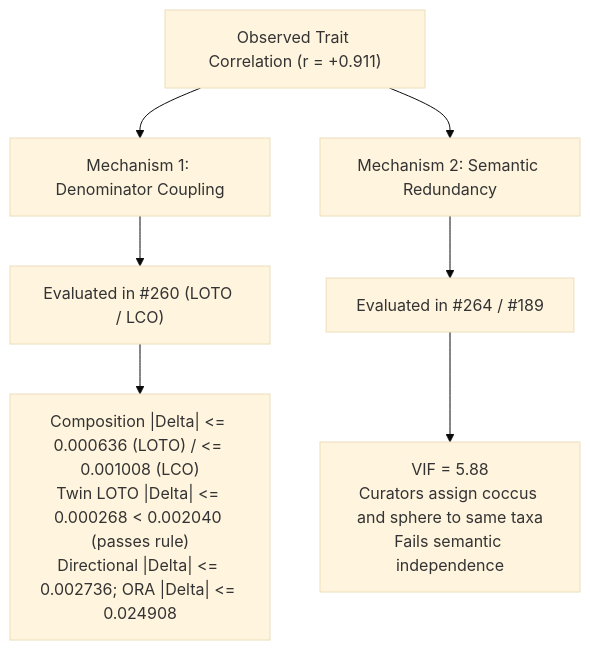
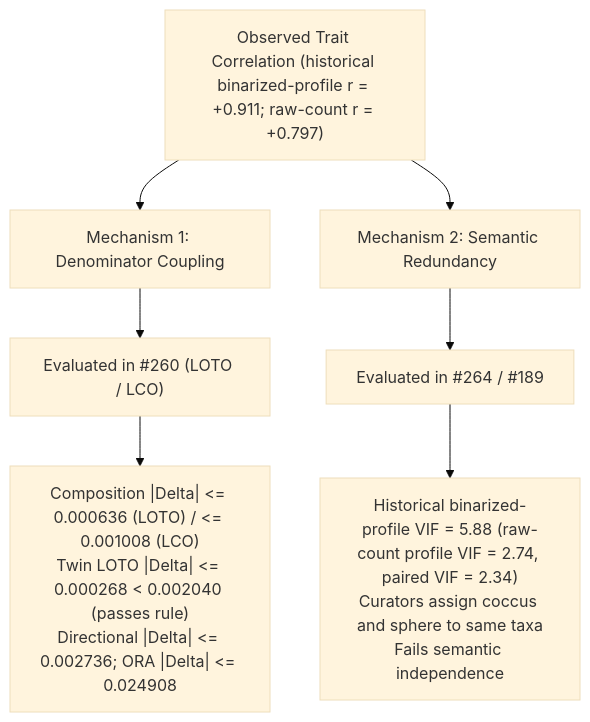
The diagram in methods/trait_coupling_sensitivity.md (CultureBotAI/microbial-trait-profiling), drawn with Mermaid (base theme) before and after one commit. The commit also changed other lines of this file and 10 other files, not shown here.

````diff
--- a/methods/trait_coupling_sensitivity.md
+++ b/methods/trait_coupling_sensitivity.md
@@ -178,9 +178,9 @@
 ```mermaid
 flowchart TD
-    A["Observed Trait Correlation (r = +0.911)"] --> B["Mechanism 1: Denominator Coupling"]
+    A["Observed Trait Correlation (historical binarized-profile r = +0.911; raw-count r = +0.797)"] --> B["Mechanism 1: Denominator Coupling"]
     A --> C["Mechanism 2: Semantic Redundancy"]
     B --> D["Evaluated in #260 (LOTO / LCO)"]
     C --> E["Evaluated in #264 / #189"]
     D --> F["Composition |Delta| <= 0.000636 (LOTO) / <= 0.001008 (LCO)<br/>Twin LOTO |Delta| <= 0.000268 < 0.002040 (passes rule)<br/>Directional |Delta| <= 0.002736; ORA |Delta| <= 0.024908"]
-    E --> G["VIF = 5.88<br/>Curators assign coccus and sphere to same taxa<br/>Fails semantic independence"]
+    E --> G["Historical binarized-profile VIF = 5.88 (raw-count profile VIF = 2.74, paired VIF = 2.34)<br/>Curators assign coccus and sphere to same taxa<br/>Fails semantic independence"]
 ```
````
